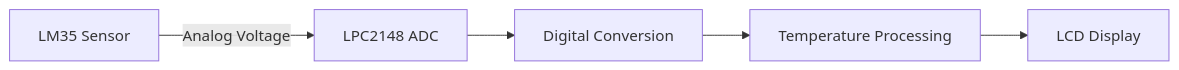
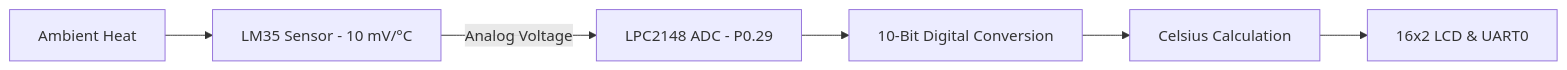
The second of 10 diagrams in README.md (maghambhanu/LPC2148-Industrial-Environment-Monitor), drawn with Mermaid before and after one commit. The commit also changed other lines of this file, not shown here.

````diff
--- a/README.md
+++ b/README.md
@@ -127,7 +134,8 @@
 ```mermaid
 flowchart LR
-    A[LM35 Sensor] -->|Analog Voltage| B[LPC2148 ADC]
-    B --> C[Digital Conversion]
-    C --> D[Temperature Processing]
-    D --> E[LCD Display]
+    A[Ambient Heat] --> B[LM35 Sensor - 10 mV/°C]
+    B -->|Analog Voltage| C[LPC2148 ADC - P0.29]
+    C --> D[10-Bit Digital Conversion]
+    D --> E[Celsius Calculation]
+    E --> F[16x2 LCD & UART0]
 ```
````
